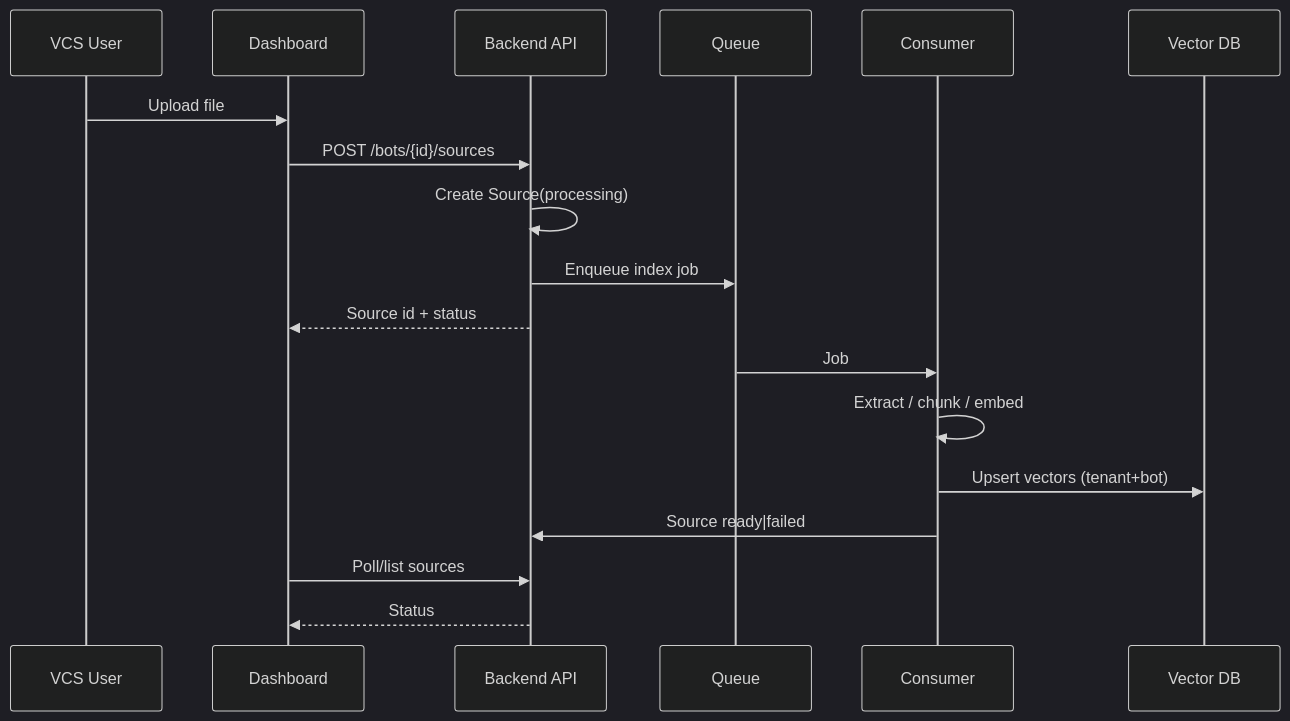
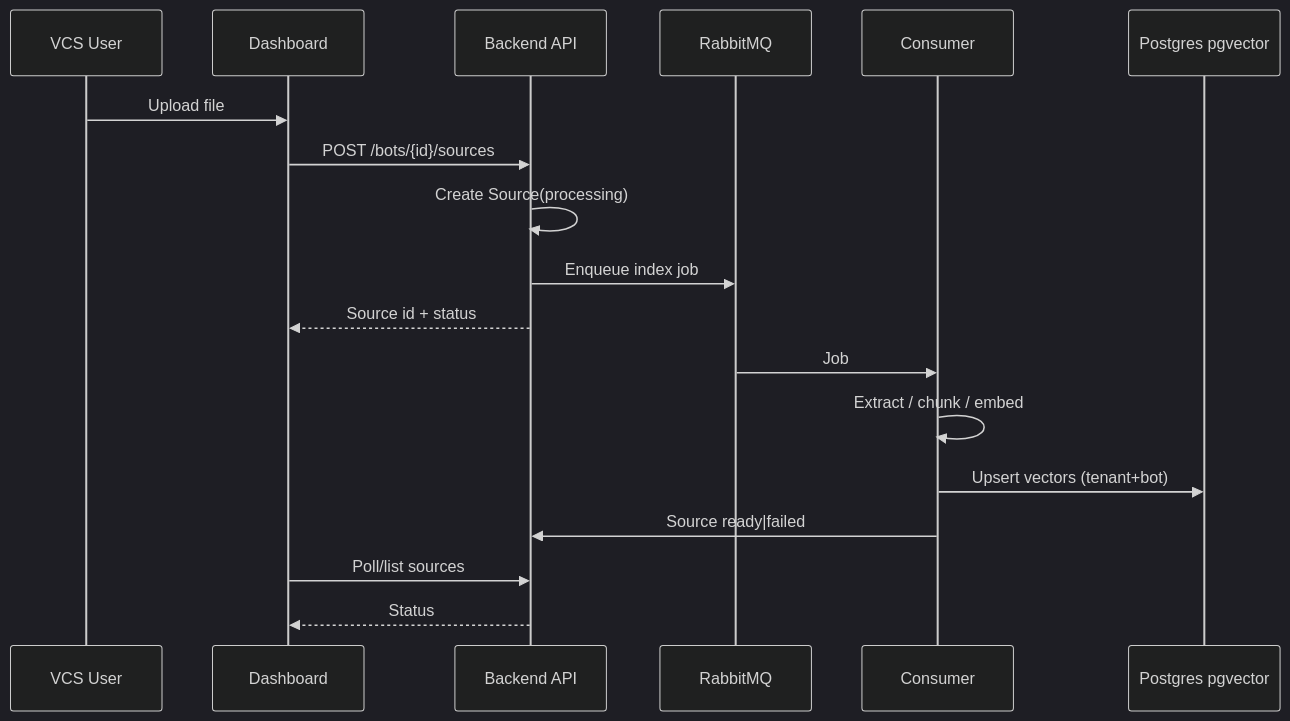
The second of 3 diagrams in docs/architecture/data-flow.md (bowodev/rag), drawn with Mermaid (dark theme) before and after one commit. The commit also changed other lines of this file and 16 other files, not shown here.

````diff
--- a/docs/architecture/data-flow.md
+++ b/docs/architecture/data-flow.md
@@ -5,21 +30,21 @@
 ```mermaid
 sequenceDiagram
   participant U as VCS User
   participant D as Dashboard
   participant API as Backend API
-  participant Q as Queue
+  participant Q as RabbitMQ
   participant W as Consumer
-  participant V as Vector DB
+  participant V as Postgres pgvector
 
   U->>D: Upload file
   D->>API: POST /bots/{id}/sources
   API->>API: Create Source(processing)
   API->>Q: Enqueue index job
   API-->>D: Source id + status
   Q->>W: Job
   W->>W: Extract / chunk / embed
   W->>V: Upsert vectors (tenant+bot)
   W->>API: Source ready|failed
   D->>API: Poll/list sources
   API-->>D: Status
 ```
````
